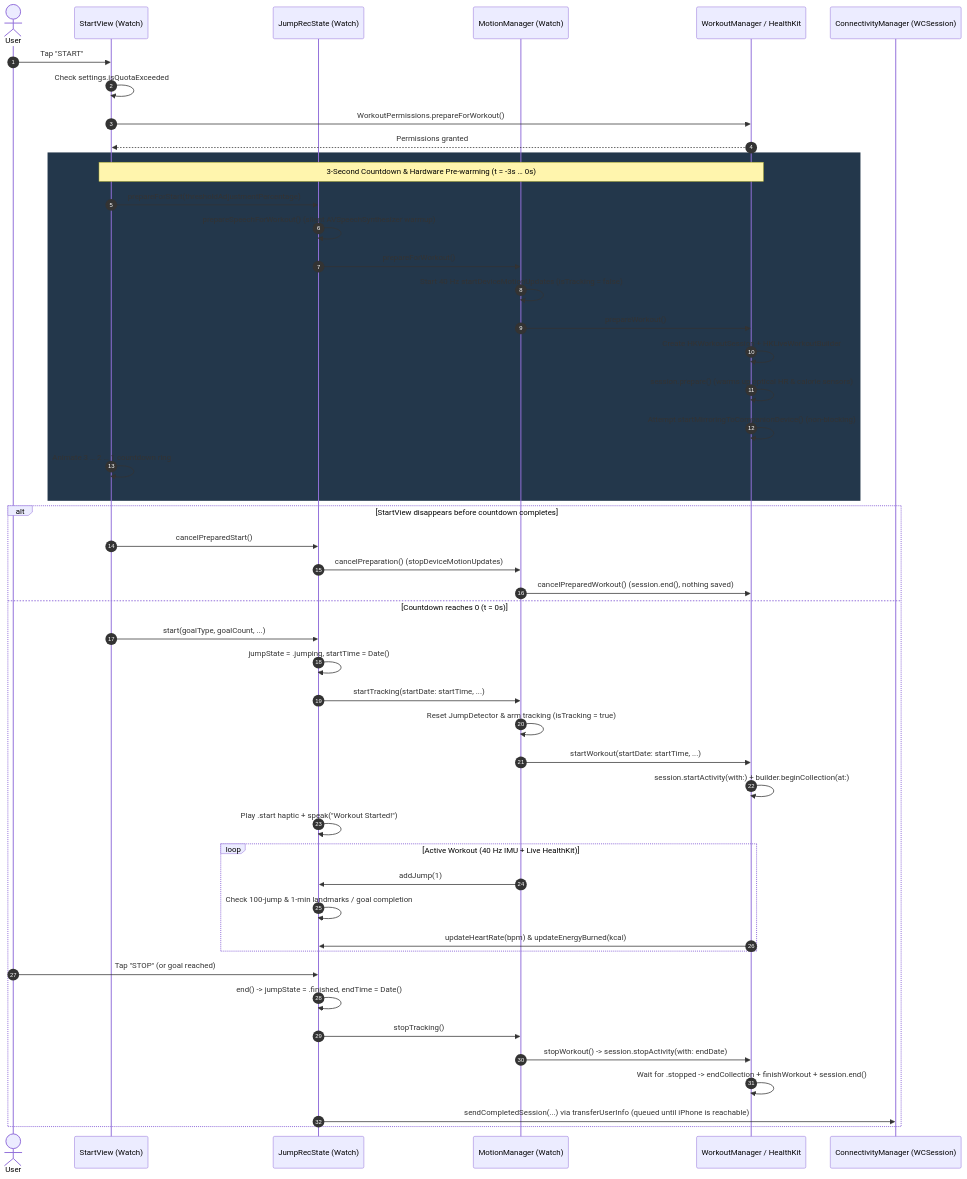
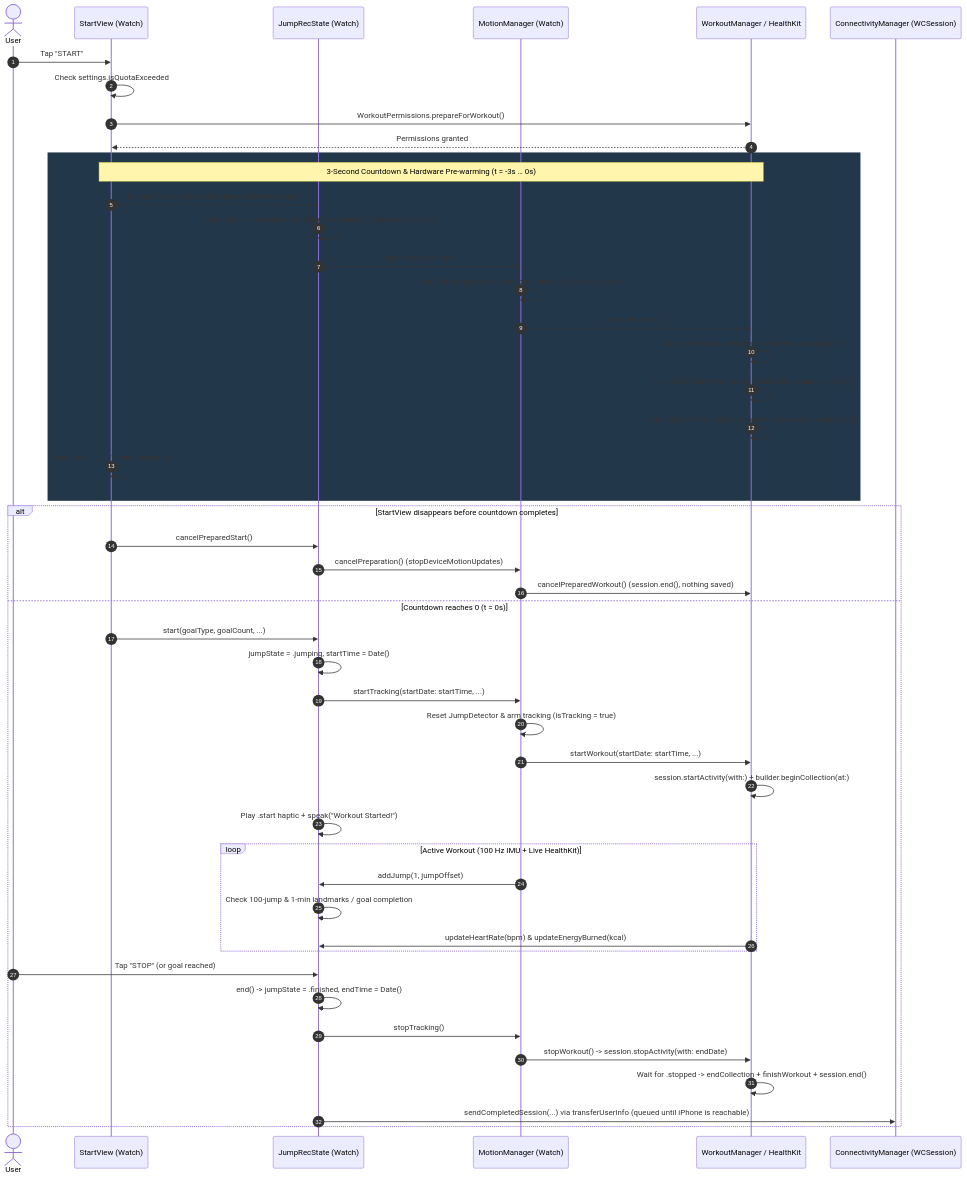
Before and after one commit to jinyongnan810/JumpRec: the second of 3 diagrams in Docs/workout-session-lifecycle.md, drawn with Mermaid. The commit also changed other lines of this file and 3 other files, not shown here.

````diff
--- a/Docs/workout-session-lifecycle.md
+++ b/Docs/workout-session-lifecycle.md
@@ -119,55 +119,55 @@
 ```mermaid
 sequenceDiagram
     autonumber
     actor User
     participant Start as StartView (Watch)
     participant WState as JumpRecState (Watch)
     participant WMotion as MotionManager (Watch)
     participant WHK as WorkoutManager / HealthKit
     participant WC as ConnectivityManager (WCSession)
 
     User->>Start: Tap "START"
     Start->>Start: Check settings.isQuotaExceeded
     Start->>WHK: WorkoutPermissions.prepareForWorkout()
     WHK-->>Start: Permissions granted
 
     rect rgb(35, 55, 75)
         Note over Start,WHK: 3-Second Countdown & Hardware Pre-warming (t = -3s … 0s)
         Start->>WState: prepareForStart(thresholdAdjustmentPercentage)
         WState->>WState: prepareSpeechForWorkout() (silent AVSpeechSynthesizer warmup)
         WState->>WMotion: prepareForWorkout()
-        WMotion->>WMotion: Start 40 Hz startDeviceMotionUpdates (isTracking = false)
+        WMotion->>WMotion: Start 100 Hz startDeviceMotionUpdates (isTracking = false)
         WMotion->>WHK: prepareWorkout()
         WHK->>WHK: Create HKWorkoutSession + HKLiveWorkoutBuilder
         WHK->>WHK: session.prepare() (warms up optical HR & calorie sensors)
         WHK->>WHK: Attempt startMirroringToCompanionDevice() (non-blocking)
         Start->>Start: Animate 3 … 2 … 1 countdown ring
     end
 
     alt StartView disappears before countdown completes
         Start->>WState: cancelPreparedStart()
         WState->>WMotion: cancelPreparation() (stopDeviceMotionUpdates)
         WMotion->>WHK: cancelPreparedWorkout() (session.end(), nothing saved)
     else Countdown reaches 0 (t = 0s)
         Start->>WState: start(goalType, goalCount, ...)
         WState->>WState: jumpState = .jumping, startTime = Date()
         WState->>WMotion: startTracking(startDate: startTime, ...)
         WMotion->>WMotion: Reset JumpDetector & arm tracking (isTracking = true)
         WMotion->>WHK: startWorkout(startDate: startTime, ...)
         WHK->>WHK: session.startActivity(with:) + builder.beginCollection(at:)
         WState->>WState: Play .start haptic + speak("Workout Started!")
 
-        loop Active Workout (40 Hz IMU + Live HealthKit)
-            WMotion->>WState: addJump(1)
+        loop Active Workout (100 Hz IMU + Live HealthKit)
+            WMotion->>WState: addJump(1, jumpOffset)
             WState->>WState: Check 100-jump & 1-min landmarks / goal completion
             WHK->>WState: updateHeartRate(bpm) & updateEnergyBurned(kcal)
         end
 
         User->>WState: Tap "STOP" (or goal reached)
         WState->>WState: end() -> jumpState = .finished, endTime = Date()
         WState->>WMotion: stopTracking()
         WMotion->>WHK: stopWorkout() -> session.stopActivity(with: endDate)
         WHK->>WHK: Wait for .stopped -> endCollection + finishWorkout + session.end()
         WState->>WC: sendCompletedSession(...) via transferUserInfo (queued until iPhone is reachable)
     end
 ```
````
